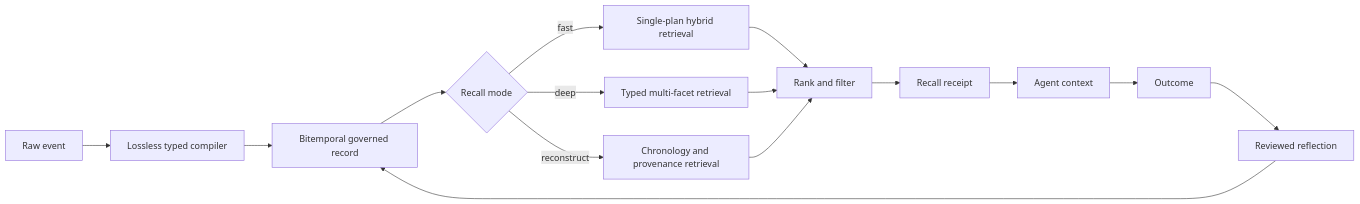
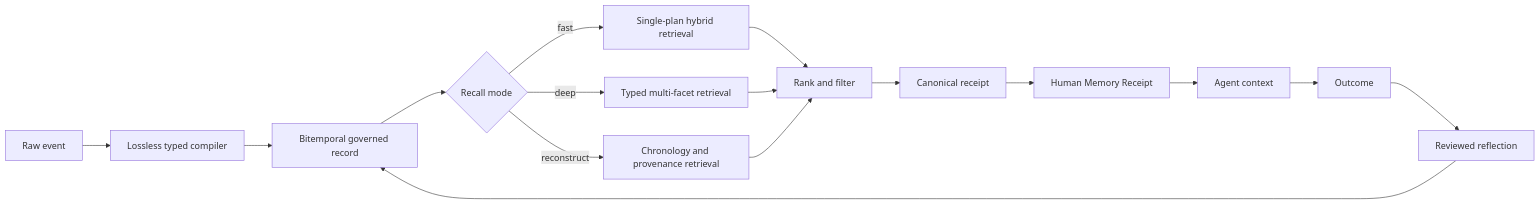
Before and after one commit to Lians-ai/Lians: the diagram in docs/memory-engine.md, drawn with Mermaid. The commit also changed other lines of this file and 21 other files, not shown here.

````diff
--- a/docs/memory-engine.md
+++ b/docs/memory-engine.md
@@ -10,17 +11,18 @@
 ```mermaid
 flowchart LR
     A[Raw event] --> B[Lossless typed compiler]
     B --> C[Bitemporal governed record]
     C --> D{Recall mode}
     D -->|fast| E[Single-plan hybrid retrieval]
     D -->|deep| F[Typed multi-facet retrieval]
     D -->|reconstruct| G[Chronology and provenance retrieval]
     E --> H[Rank and filter]
     F --> H
     G --> H
-    H --> I[Recall receipt]
-    I --> J[Agent context]
-    J --> K[Outcome]
-    K --> L[Reviewed reflection]
-    L --> C
+    H --> I[Canonical receipt]
+    I --> J[Human Memory Receipt]
+    J --> K[Agent context]
+    K --> L[Outcome]
+    L --> M[Reviewed reflection]
+    M --> C
 ```
````
